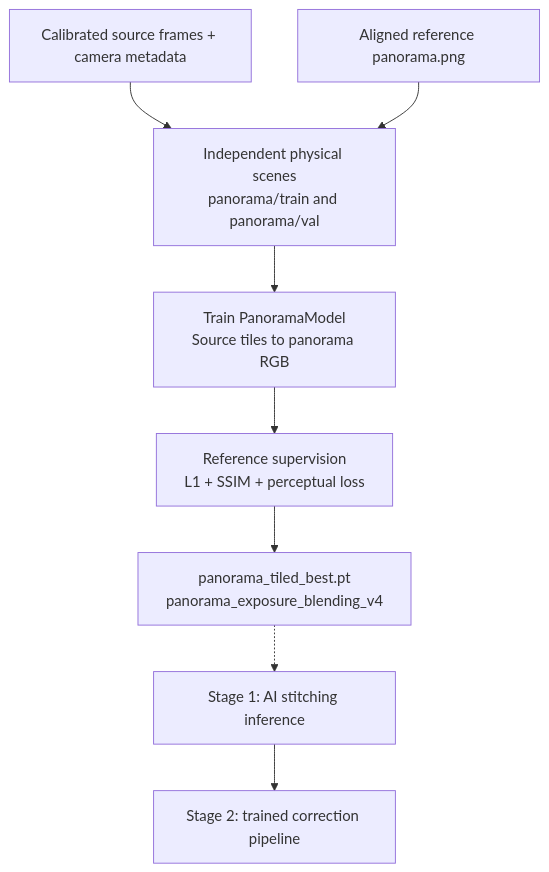
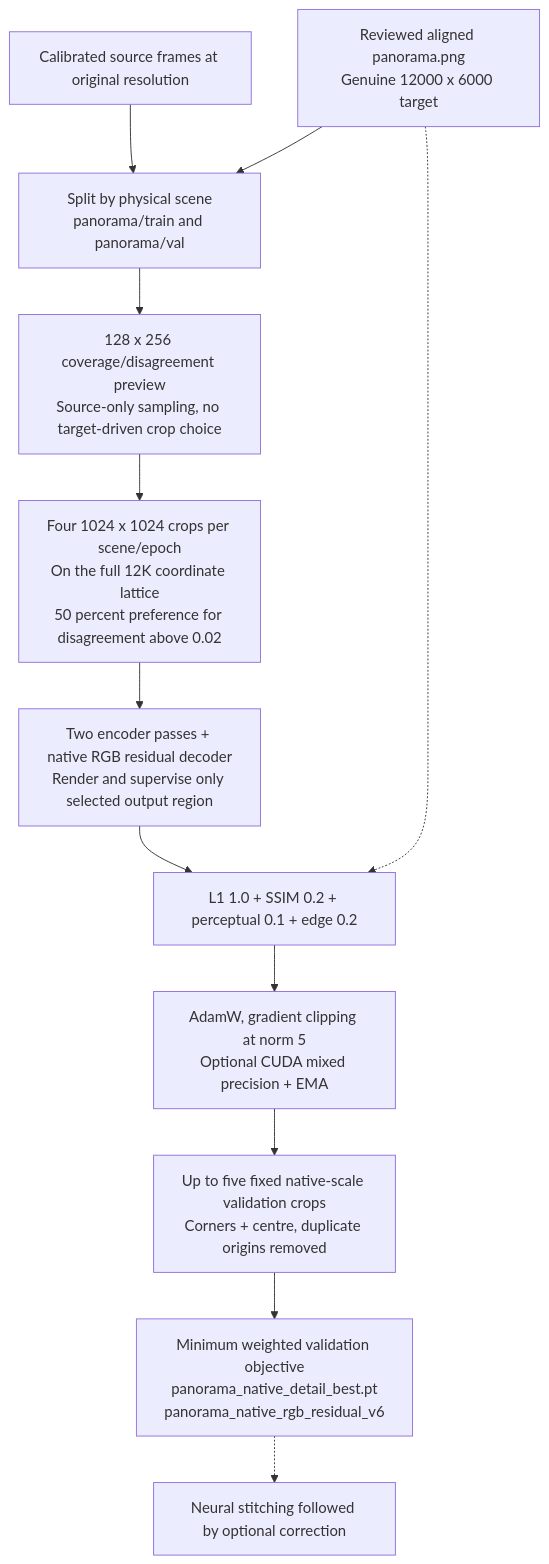
One commit to prasannac10/Capture_360 changed the second of 5 diagrams in panorama/ARCHITECTURE_VARIABLE_TILED.md. Above: the diagram before and after it, drawn with Mermaid. The commit also changed other lines of this file and 25 other files, not shown here.

````diff
--- a/panorama/ARCHITECTURE_VARIABLE_TILED.md
+++ b/panorama/ARCHITECTURE_VARIABLE_TILED.md
@@ -72,15 +156,19 @@
 ```mermaid
 flowchart TD
-    sources["Calibrated source frames + camera metadata"]
-    reference["Aligned reference panorama.png"]
-    split["Independent physical scenes<br/>panorama/train and panorama/val"]
-    model["Train PanoramaModel<br/>Source tiles to panorama RGB"]
-    loss["Reference supervision<br/>L1 + SSIM + perceptual loss"]
-    checkpoint["panorama_tiled_best.pt<br/>panorama_exposure_blending_v4"]
-    inference["Stage 1: AI stitching inference"]
-    correction["Stage 2: trained correction pipeline"]
-    sources --> split --> model --> loss --> checkpoint
+    sources["Calibrated source frames at original resolution"]
+    reference["Reviewed aligned panorama.png<br/>Genuine 12000 x 6000 target"]
+    split["Split by physical scene<br/>panorama/train and panorama/val"]
+    preview["128 x 256 coverage/disagreement preview<br/>Source-only sampling, no target-driven crop choice"]
+    crops["Four 1024 x 1024 crops per scene/epoch<br/>On the full 12K coordinate lattice<br/>50 percent preference for disagreement above 0.02"]
+    model["Two encoder passes + native RGB residual decoder<br/>Render and supervise only selected output region"]
+    loss["L1 1.0 + SSIM 0.2 + perceptual 0.1 + edge 0.2"]
+    optimizer["AdamW, gradient clipping at norm 5<br/>Optional CUDA mixed precision + EMA"]
+    validation["Up to five fixed native-scale validation crops<br/>Corners + centre, duplicate origins removed"]
+    checkpoint["Minimum weighted validation objective<br/>panorama_native_detail_best.pt<br/>panorama_native_rgb_residual_v6"]
+    inference["Neural stitching followed by optional correction"]
+    sources --> split --> preview --> crops --> model --> loss --> optimizer
     reference --> split
+    reference -.-> loss
+    optimizer --> validation --> checkpoint
     checkpoint -.-> inference
-    inference --> correction
 ```
````
